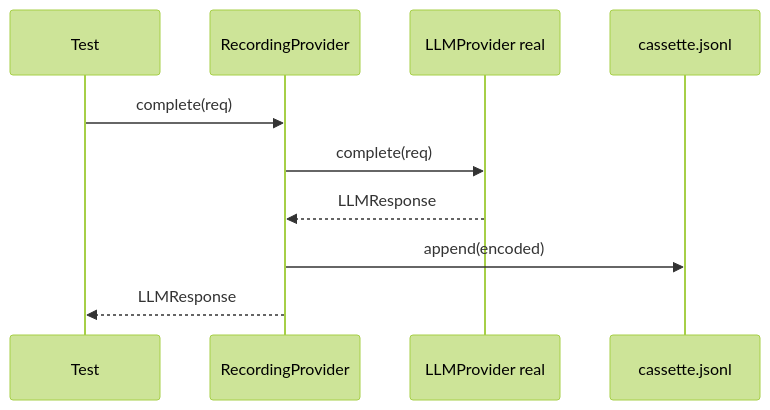
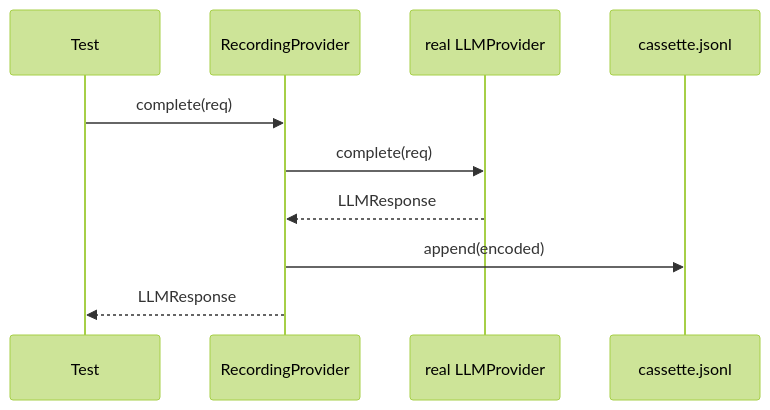
The second of 3 diagrams in docs/replay/index.md (phronesis-framework/phronesis-framework), drawn with Mermaid (forest theme) before and after one commit. The commit also changed other lines of this file and 17 other files, not shown here.

Commit message:
feat(docs): translate docs to english and replace ascii diagrams with mermaid

````diff
--- a/docs/replay/index.md
+++ b/docs/replay/index.md
@@ -160,13 +164,13 @@
 ```mermaid
 sequenceDiagram
     participant Test
     participant Recording as RecordingProvider
-    participant Real as LLMProvider real
+    participant Real as real LLMProvider
     participant Cassette as cassette.jsonl
 
     Test->>Recording: complete(req)
     Recording->>Real: complete(req)
     Real-->>Recording: LLMResponse
     Recording->>Cassette: append(encoded)
     Recording-->>Test: LLMResponse
 ```
````
